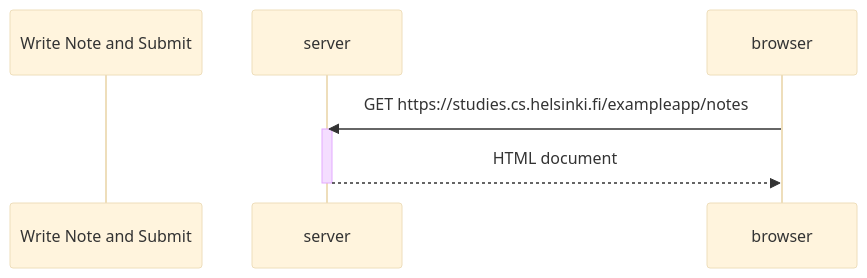
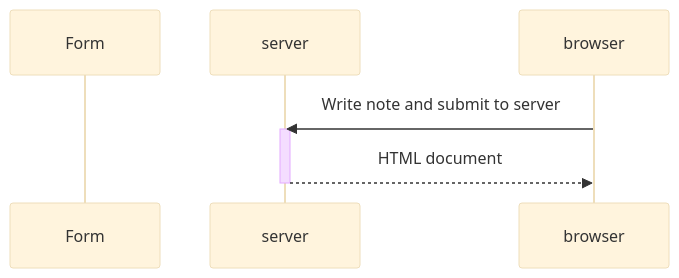
One commit to 11132731/Course-Full-Stack changed the diagram in diagrama.md. Above: the diagram before and after it, drawn with Mermaid (base theme).

Commit message:
Rename participant in sequence diagram

````diff
--- a/diagrama.md
+++ b/diagrama.md
@@ -2,12 +2,12 @@
 ```mermaid
 sequenceDiagram
-    participant Write Note and Submit
+    participant Form
     participant server
 
-    browser->>server: GET https://studies.cs.helsinki.fi/exampleapp/notes
+    browser->>server: Write note and submit to server
     activate server
     server-->>browser: HTML document
     deactivate server
 
 
 ```
````
